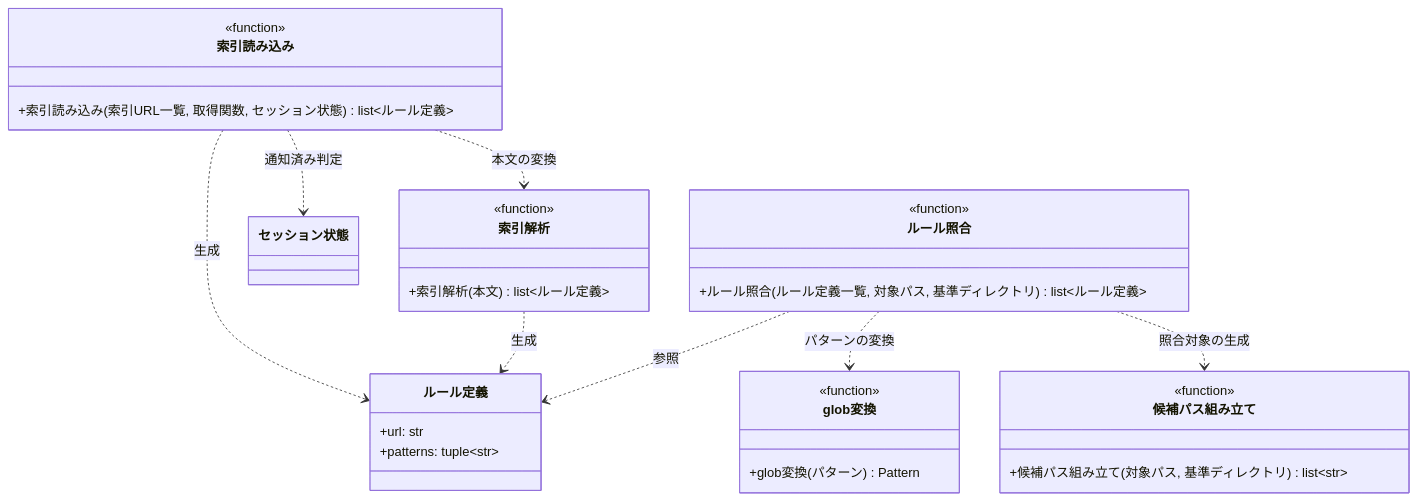
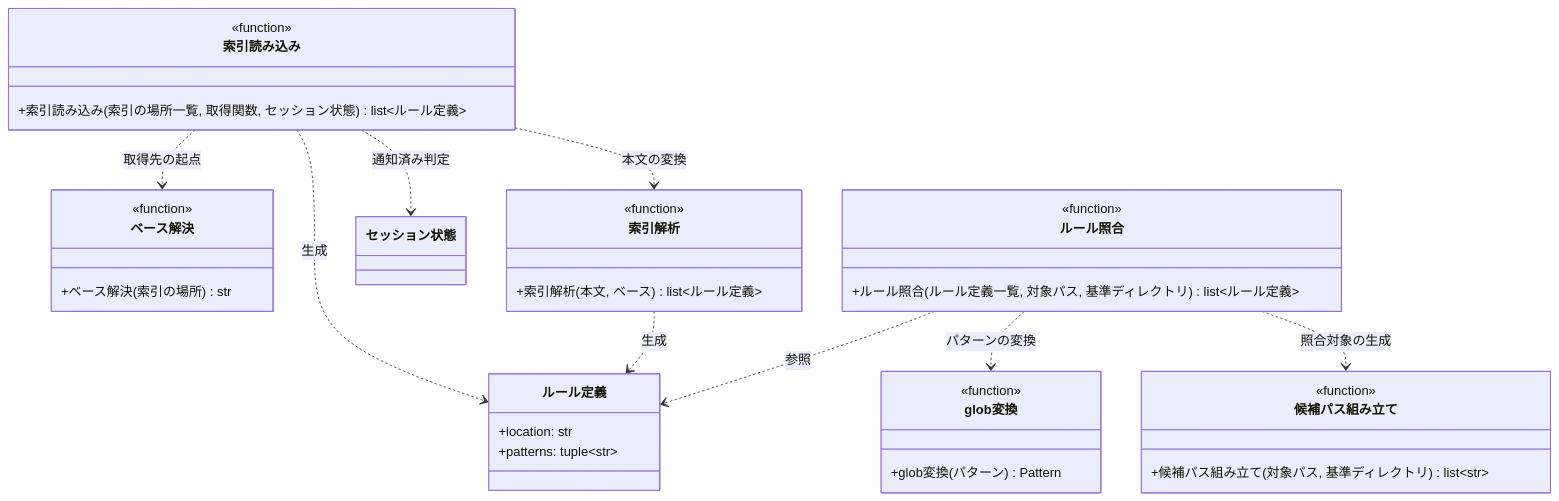
One commit to shuhei1101/my-plugins changed the diagram in docs/wiki/設計図/モジュール構成/ルール/索引.py.md. Above: the diagram before and after it, drawn with Mermaid. The commit also changed other lines of this file and 4 other files, not shown here.

````diff
--- a/docs/wiki/設計図/モジュール構成/ルール/索引.py.md
+++ b/docs/wiki/設計図/モジュール構成/ルール/索引.py.md
@@ -37,43 +41,49 @@
 ```mermaid
 classDiagram
+  索引読み込み ..> ベース解決 : 取得先の起点
   索引読み込み ..> 索引解析 : 本文の変換
   索引読み込み ..> ルール定義 : 生成
   索引読み込み ..> セッション状態 : 通知済み判定
   索引解析 ..> ルール定義 : 生成
   ルール照合 ..> ルール定義 : 参照
   ルール照合 ..> glob変換 : パターンの変換
   ルール照合 ..> 候補パス組み立て : 照合対象の生成
 
   class ルール定義 {
-    +url: str
+    +location: str
     +patterns: tuple~str~
   }
   class 索引読み込み {
     <<function>>
-    +索引読み込み(索引URL一覧, 取得関数, セッション状態) list~ルール定義~
+    +索引読み込み(索引の場所一覧, 取得関数, セッション状態) list~ルール定義~
   }
   class 索引解析 {
     <<function>>
-    +索引解析(本文) list~ルール定義~
+    +索引解析(本文, ベース) list~ルール定義~
+  }
+  class ベース解決 {
+    <<function>>
+    +ベース解決(索引の場所) str
   }
   class ルール照合 {
     <<function>>
     +ルール照合(ルール定義一覧, 対象パス, 基準ディレクトリ) list~ルール定義~
   }
   class glob変換 {
     <<function>>
     +glob変換(パターン) Pattern
   }
   class 候補パス組み立て {
     <<function>>
     +候補パス組み立て(対象パス, 基準ディレクトリ) list~str~
   }
 
   click ルール定義 href "#ルール定義"
   click 索引読み込み href "#索引読み込み"
   click 索引解析 href "#索引解析"
+  click ベース解決 href "#ベース解決"
   click ルール照合 href "#ルール照合"
   click glob変換 href "#glob変換"
   click 候補パス組み立て href "#候補パス組み立て"
   click セッション状態 href "../セッション/セッション状態.py.md#セッション状態"
 ```
````
